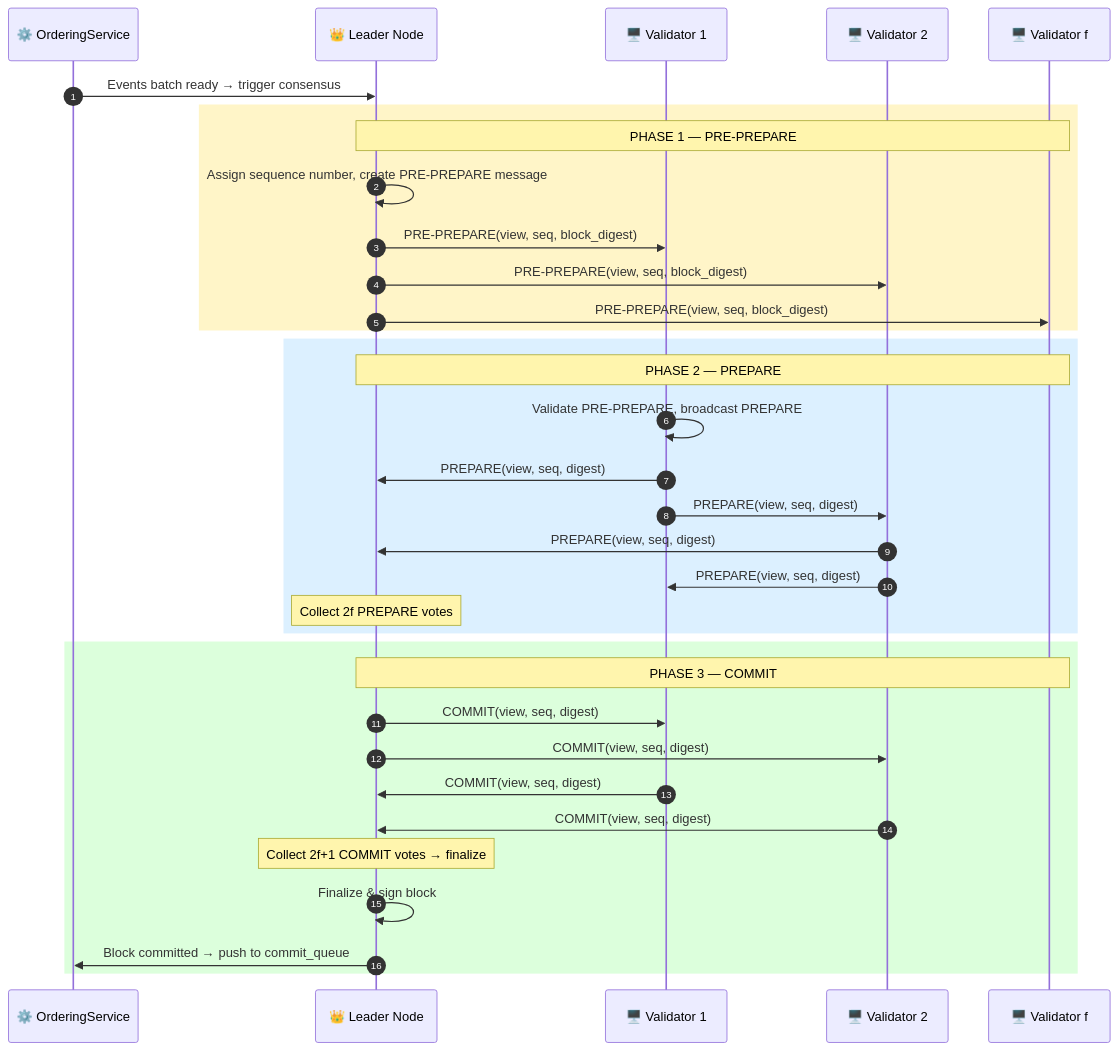
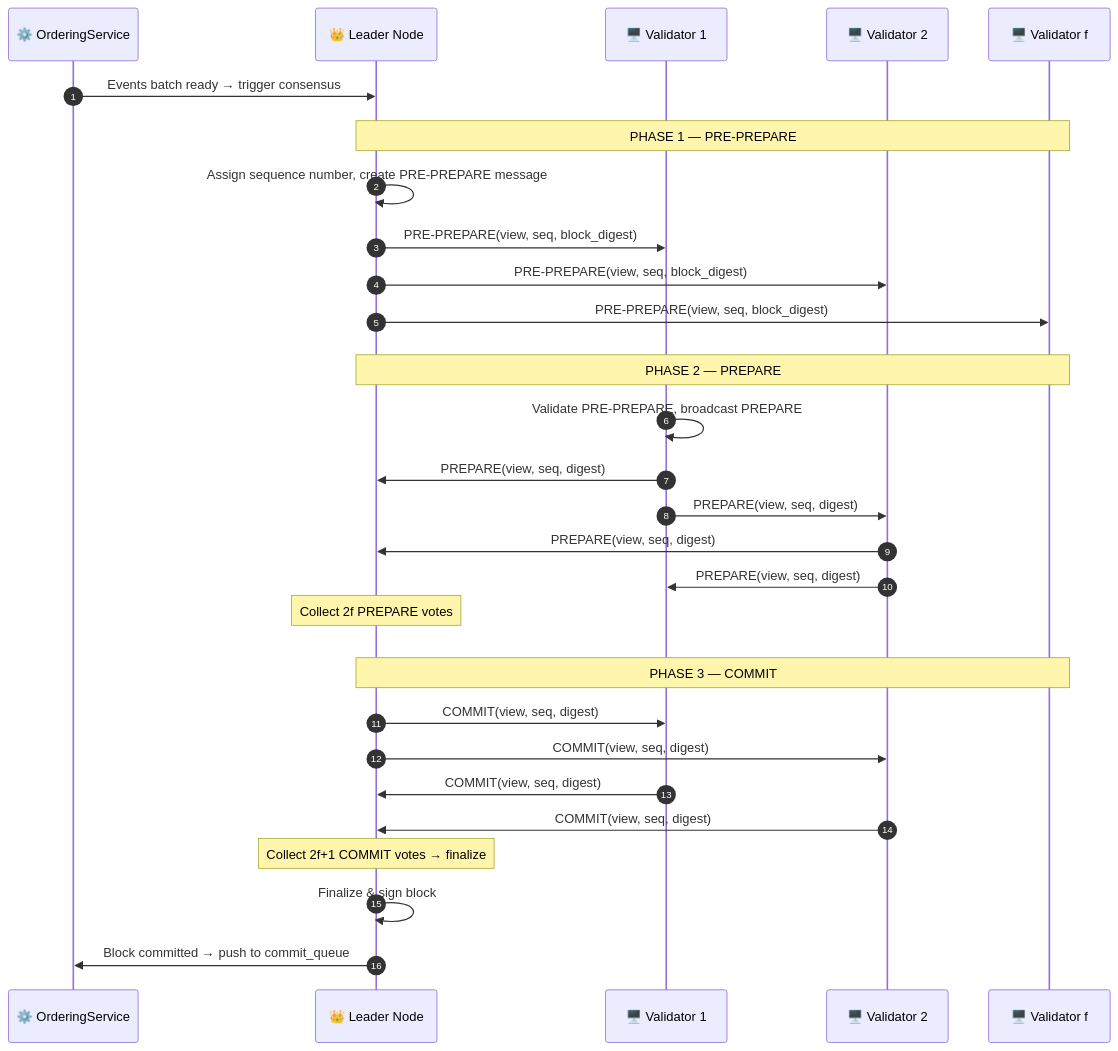
The first of 2 diagrams in docs/workflows/wf-04-bft-consensus.md (VanDung-dev/HieraChain), drawn with Mermaid before and after one commit. The commit also changed 7 other files, not shown here.

First line of the commit message:
docs(workflows): standardize sequence diagrams and remove hardcoded styling

````diff
--- a/docs/workflows/wf-04-bft-consensus.md
+++ b/docs/workflows/wf-04-bft-consensus.md
@@ -24,40 +24,40 @@
 ```mermaid
 sequenceDiagram
     autonumber
     participant OS as ⚙️ OrderingService
     participant L as 👑 Leader Node
     participant V1 as 🖥️ Validator 1
     participant V2 as 🖥️ Validator 2
     participant Vf as 🖥️ Validator f
 
     OS->>L: Events batch ready → trigger consensus
 
-    rect rgb(255, 245, 200)
+    rect rgb(0, 0, 0, 0)
         Note over L,Vf: PHASE 1 — PRE-PREPARE
         L->>L: Assign sequence number, create PRE-PREPARE message
         L->>V1: PRE-PREPARE(view, seq, block_digest)
         L->>V2: PRE-PREPARE(view, seq, block_digest)
         L->>Vf: PRE-PREPARE(view, seq, block_digest)
     end
 
-    rect rgb(220, 240, 255)
+    rect rgb(0, 0, 0, 0)
         Note over L,Vf: PHASE 2 — PREPARE
         V1->>V1: Validate PRE-PREPARE, broadcast PREPARE
         V1->>L: PREPARE(view, seq, digest)
         V1->>V2: PREPARE(view, seq, digest)
         V2->>L: PREPARE(view, seq, digest)
         V2->>V1: PREPARE(view, seq, digest)
         Note over L: Collect 2f PREPARE votes
     end
 
-    rect rgb(220, 255, 220)
+    rect rgb(0, 0, 0, 0)
         Note over L,Vf: PHASE 3 — COMMIT
         L->>V1: COMMIT(view, seq, digest)
         L->>V2: COMMIT(view, seq, digest)
         V1->>L: COMMIT(view, seq, digest)
         V2->>L: COMMIT(view, seq, digest)
         Note over L: Collect 2f+1 COMMIT votes → finalize
         L->>L: Finalize & sign block
         L->>OS: Block committed → push to commit_queue
     end
 ```
````
